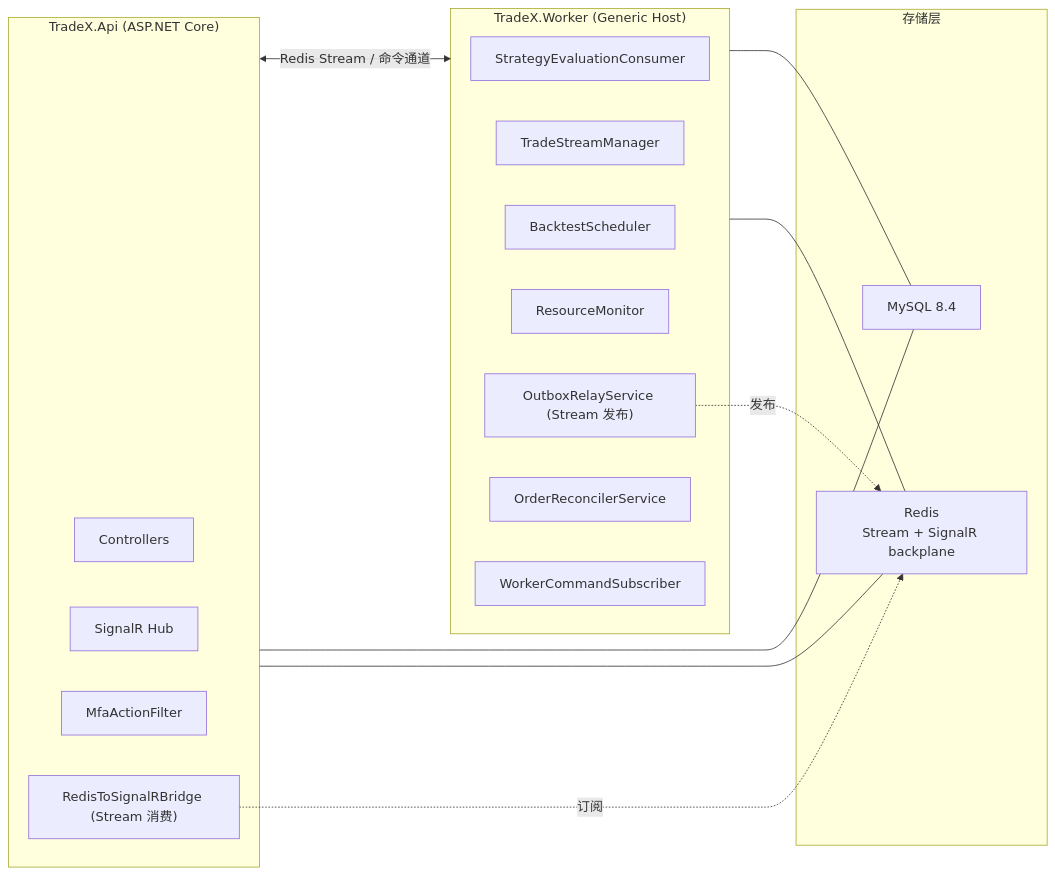
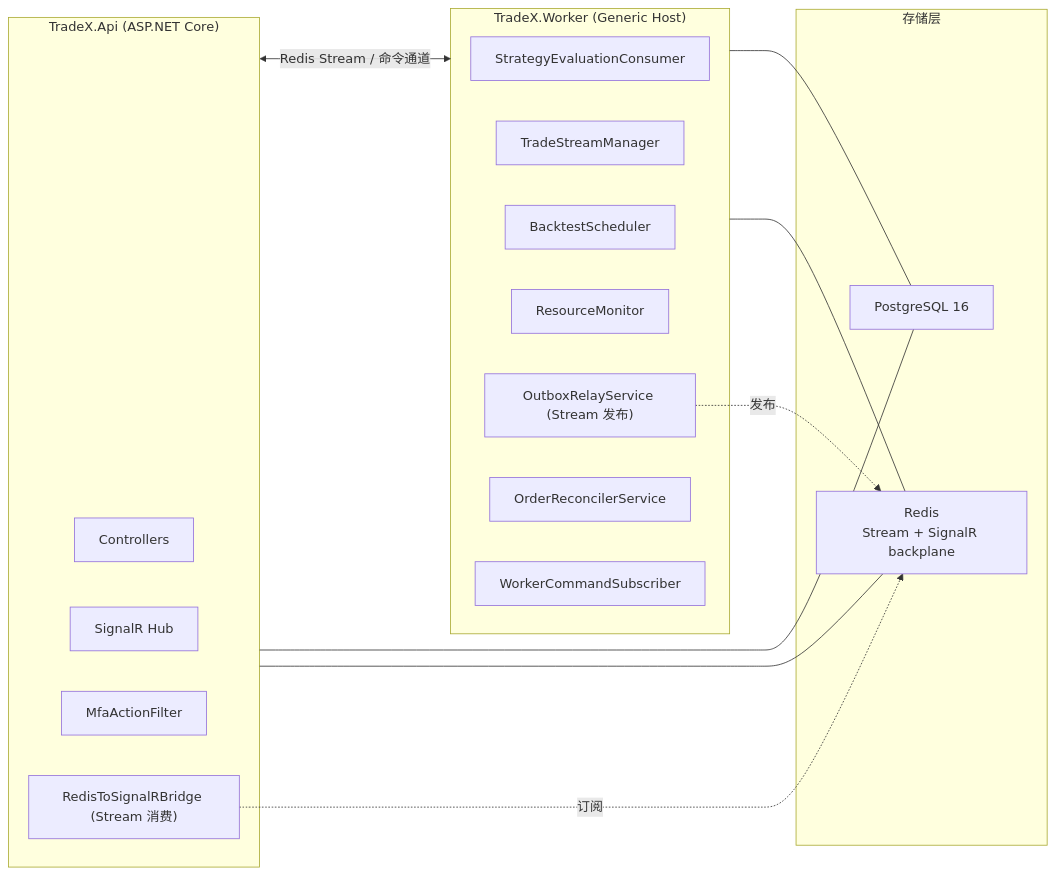
One commit to bambuo/TradeX changed the second of 2 diagrams in docs/策略引擎进程分离设计.md. Above: the diagram before and after it, drawn with Mermaid. The commit also changed other lines of this file and 64 other files, not shown here.

````diff
--- a/docs/策略引擎进程分离设计.md
+++ b/docs/策略引擎进程分离设计.md
@@ -59,32 +59,32 @@
 ```mermaid
 flowchart LR
     subgraph API["TradeX.Api (ASP.NET Core)"]
         CTRL["Controllers"]
         HUB["SignalR Hub"]
         MFA["MfaActionFilter"]
         SUB["RedisToSignalRBridge (Stream 消费)"]
     end
 
     subgraph Worker["TradeX.Worker (Generic Host)"]
         SEC["StrategyEvaluationConsumer"]
         TSM["TradeStreamManager"]
         BS["BacktestScheduler"]
         RM["ResourceMonitor"]
         PUB["OutboxRelayService (Stream 发布)"]
         ORS["OrderReconcilerService"]
         WCS["WorkerCommandSubscriber"]
     end
 
     subgraph Storage["存储层"]
-        SQL["MySQL 8.4"]
+        SQL["PostgreSQL 16"]
         RD["Redis<br/>Stream + SignalR backplane"]
     end
 
     API <-->|"Redis Stream / 命令通道"| Worker
     API --- SQL
     Worker --- SQL
     API --- RD
     Worker --- RD
     SUB -.->|"订阅"| RD
     PUB -.->|"发布"| RD
 ```
````
